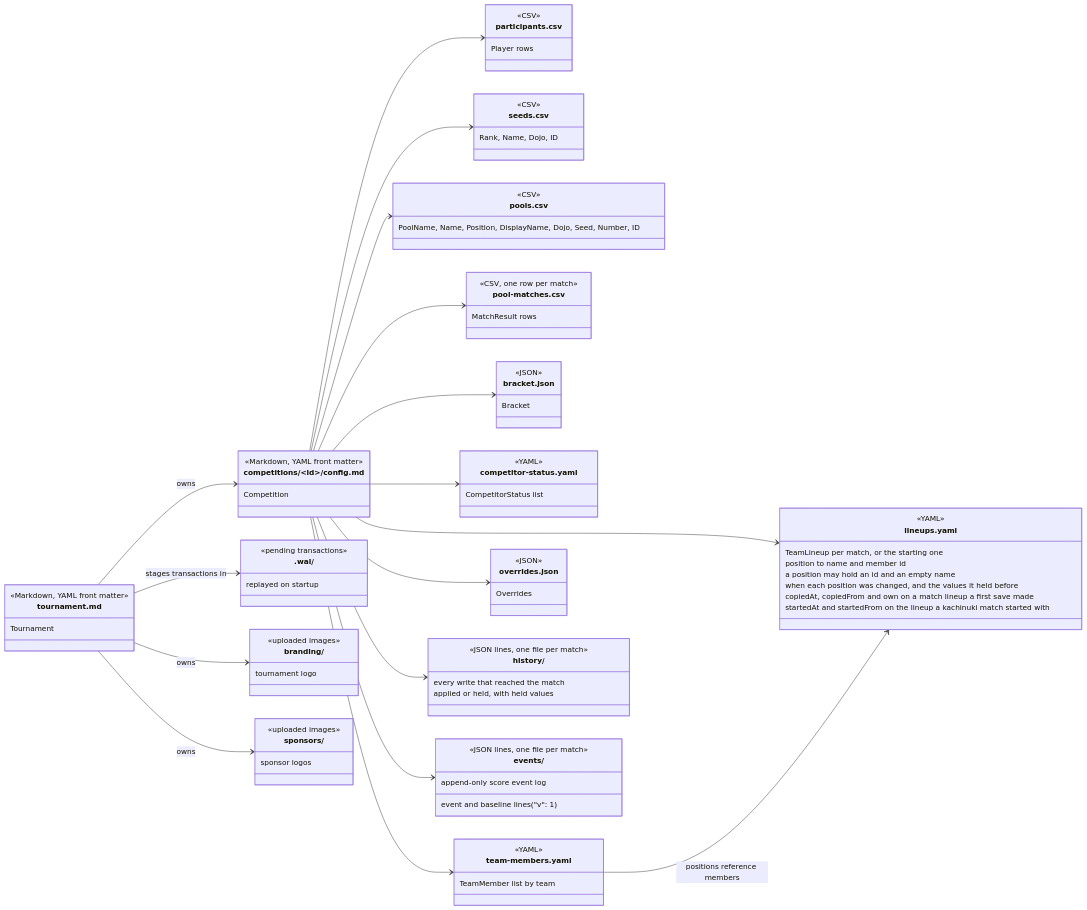
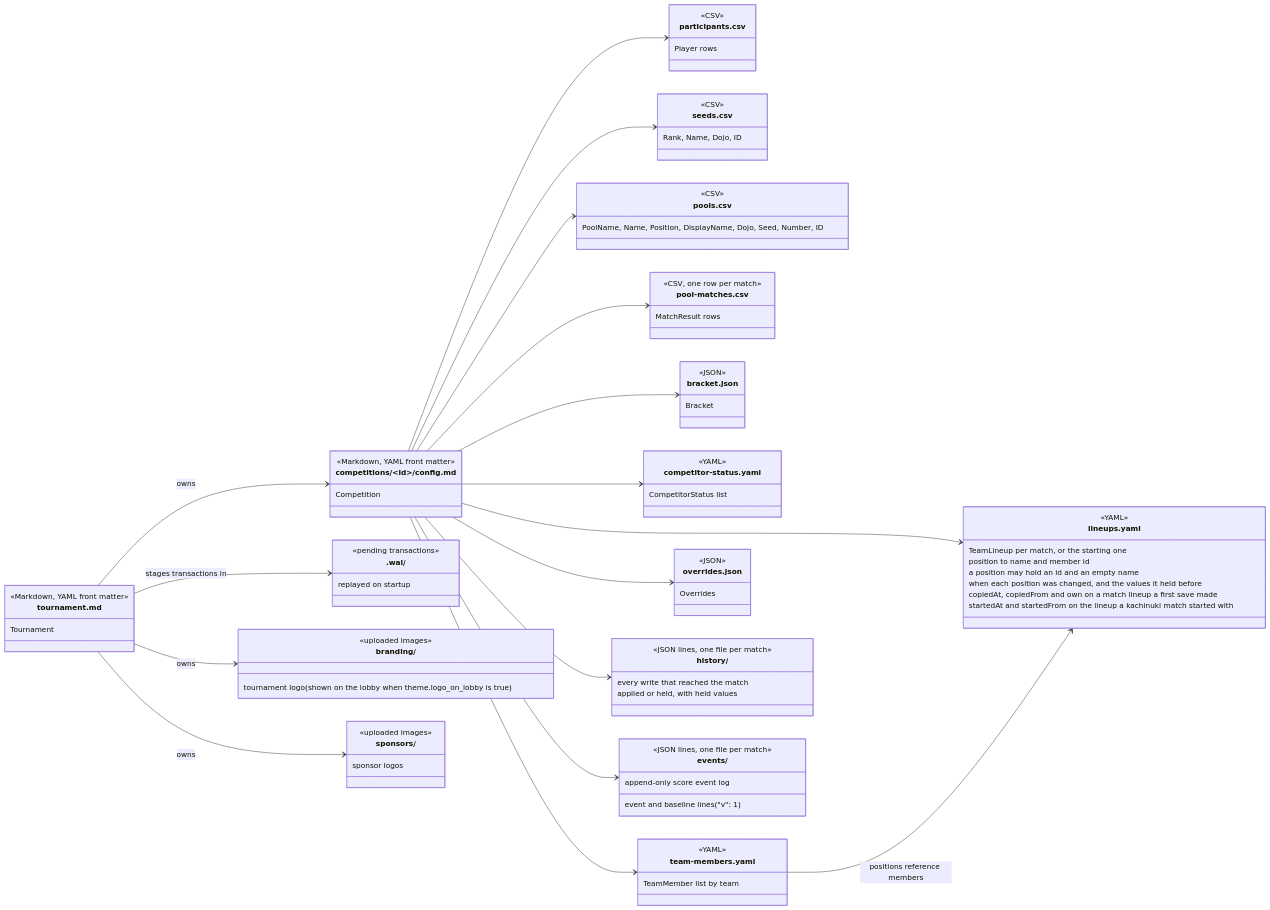
One commit to gitrgoliveira/bracket-creator changed the third of 4 diagrams in docs/architecture/data-model.md. Above: the diagram before and after it, drawn with Mermaid. The commit also changed other lines of this file and 98 other files, not shown here.

```diff
--- a/docs/architecture/data-model.md
+++ b/docs/architecture/data-model.md
@@ -590,7 +603,7 @@
     }
     class branding_dir["branding/"] {
         <<uploaded images>>
-        tournament logo
+        tournament logo (shown on the lobby when theme.logo_on_lobby is true)
     }
     class sponsors_dir["sponsors/"] {
         <<uploaded images>>
```
